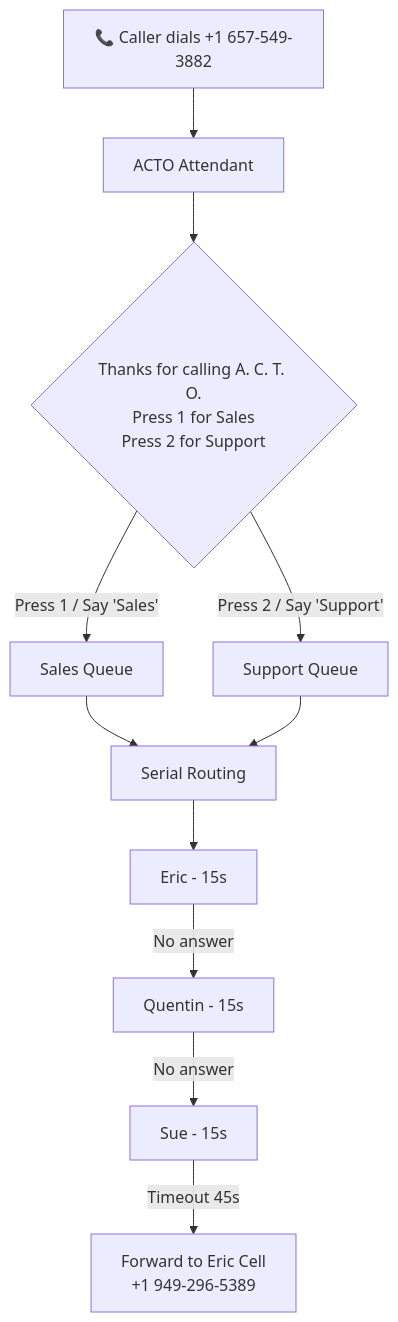
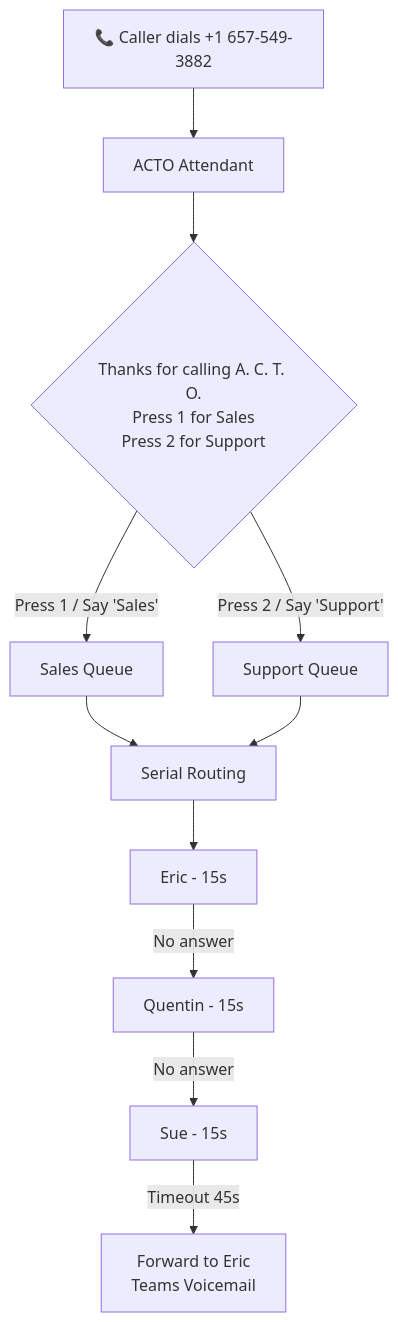
Before and after one commit to ACTO-LLC/acto-infra: the diagram in teams-voice/docs/configuration-guide.md, drawn with Mermaid. The commit also changed other lines of this file and 1 other file, not shown here.

First line of the commit message:
Change timeout action to Teams voicemail

````diff
--- a/teams-voice/docs/configuration-guide.md
+++ b/teams-voice/docs/configuration-guide.md
@@ -29,16 +29,16 @@
 ```mermaid
 flowchart TD
     A[📞 Caller dials +1 657-549-3882] --> B[ACTO Attendant]
     B --> C{"Thanks for calling A. C. T. O.<br/>Press 1 for Sales<br/>Press 2 for Support"}
 
     C -->|Press 1 / Say 'Sales'| D[Sales Queue]
     C -->|Press 2 / Say 'Support'| E[Support Queue]
 
     D --> F[Serial Routing]
     E --> F
 
     F --> G[Eric - 15s]
     G -->|No answer| H[Quentin - 15s]
     H -->|No answer| I[Sue - 15s]
-    I -->|Timeout 45s| J[Forward to Eric Cell<br/>+1 949-296-5389]
+    I -->|Timeout 45s| J[Forward to Eric<br/>Teams Voicemail]
 ```
````
